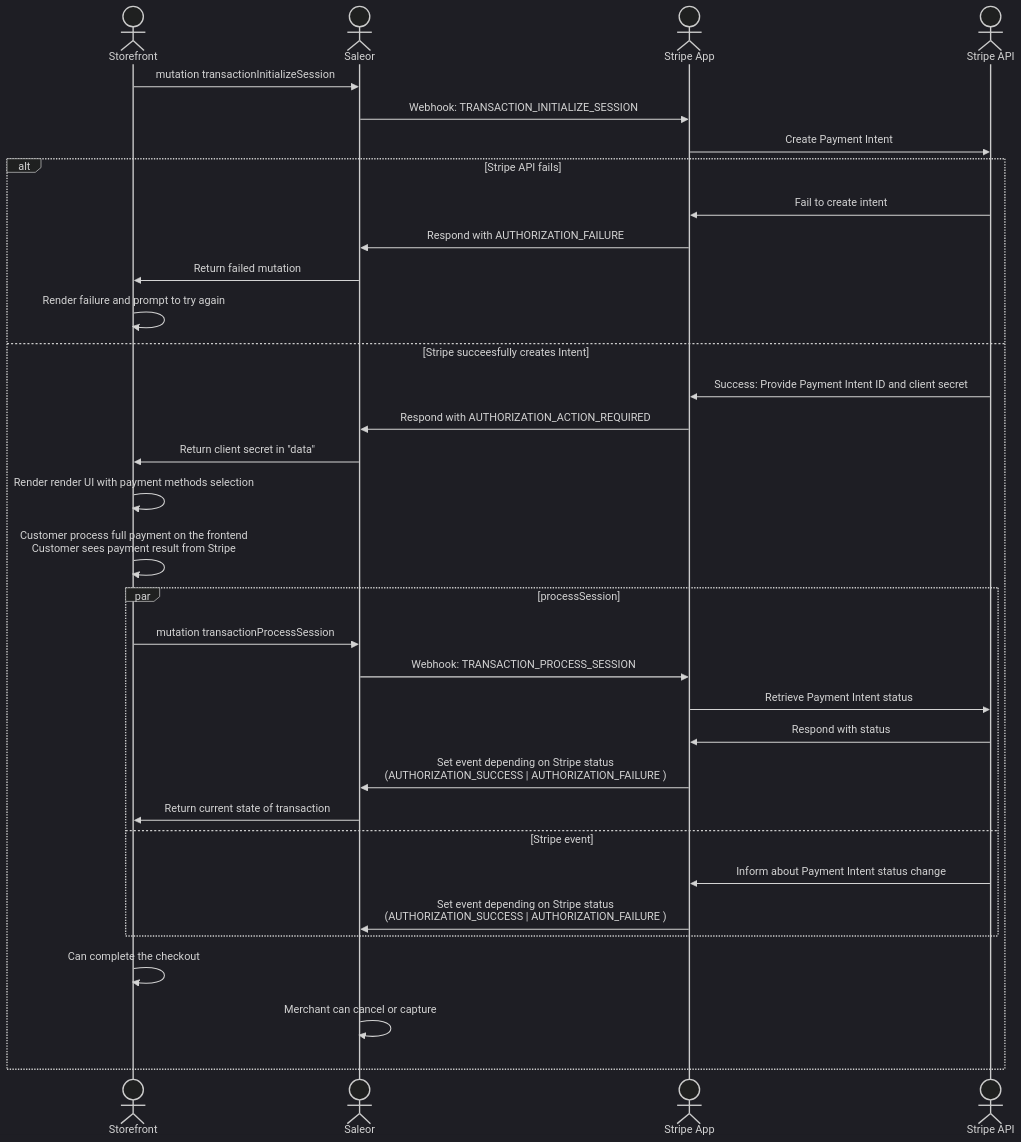
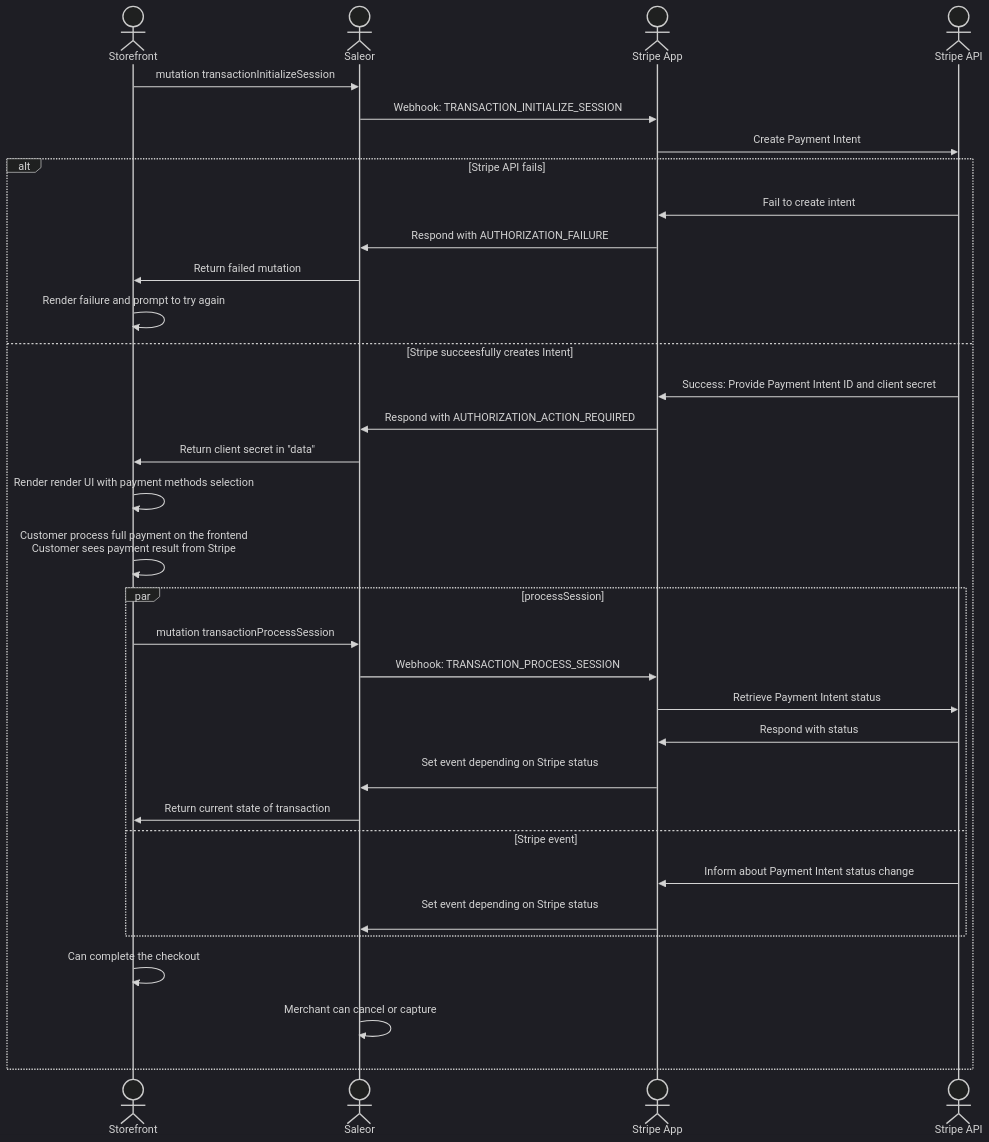
The third of 10 diagrams in docs/developer/app-store/apps/stripe/architecture.mdx (saleor/saleor-docs), drawn with Mermaid (dark theme) before and after one commit. The commit also changed other lines of this file and 1 other file, not shown here.

Commit message:
update diagrams

````diff
--- a/docs/developer/app-store/apps/stripe/architecture.mdx
+++ b/docs/developer/app-store/apps/stripe/architecture.mdx
@@ -127,40 +128,40 @@
 ```mermaid
 sequenceDiagram
     actor Storefront
     actor Saleor
     actor Stripe App
     actor Stripe API
 
 
 
     Storefront->>Saleor: mutation transactionInitializeSession
     Saleor->>Stripe App: Webhook: TRANSACTION_INITIALIZE_SESSION
     Stripe App ->> Stripe API: Create Payment Intent
     alt Stripe API fails
         Stripe API->>Stripe App: Fail to create intent
         Stripe App ->> Saleor: Respond with AUTHORIZATION_FAILURE
         Saleor ->> Storefront: Return failed mutation
         Storefront ->> Storefront: Render failure and prompt to try again
     else Stripe succeesfully creates Intent
         Stripe API->>Stripe App: Success: Provide Payment Intent ID and client secret
         Stripe App ->> Saleor: Respond with AUTHORIZATION_ACTION_REQUIRED
         Saleor ->> Storefront: Return client secret in "data"
         Storefront ->> Storefront: Render render UI with payment methods selection
         Storefront ->> Storefront: Customer process full payment on the frontend <br/> Customer sees payment result from Stripe
 
         par processSession
             Storefront ->> Saleor: mutation transactionProcessSession
             Saleor->>Stripe App: Webhook: TRANSACTION_PROCESS_SESSION
             Stripe App->> Stripe API: Retrieve Payment Intent status
             Stripe API->> Stripe App: Respond with status
-            Stripe App->> Saleor: Set event depending on Stripe status<br/>(AUTHORIZATION_SUCCESS | AUTHORIZATION_FAILURE )
+            Stripe App->> Saleor: Set event depending on Stripe status<br/>
             Saleor ->> Storefront: Return current state of transaction
         and Stripe event
             Stripe API->>Stripe App: Inform about Payment Intent status change
-            Stripe App->> Saleor: Set event depending on Stripe status<br/>(AUTHORIZATION_SUCCESS | AUTHORIZATION_FAILURE )
+            Stripe App->> Saleor: Set event depending on Stripe status<br/>
         end
         Storefront->>Storefront: Can complete the checkout
         Saleor->>Saleor: Merchant can cancel or capture
 
     end
 ```
````
